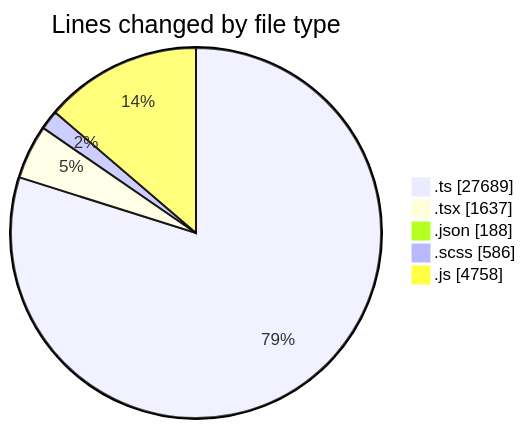
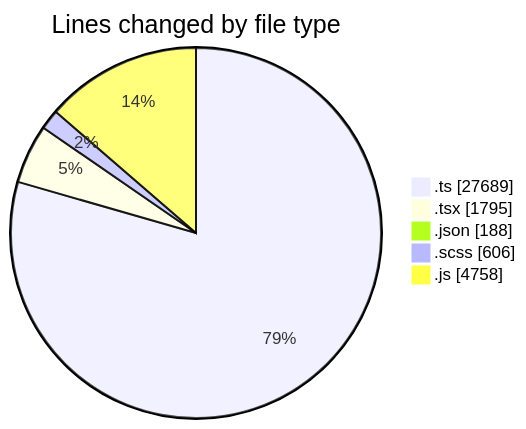
The first of 2 diagrams in 2026-05-07/cda/README.md (momahboobian/code-tracking), drawn with Mermaid before and after one commit. The commit also changed other lines of this file and 1 other file, not shown here.

````diff
--- a/2026-05-07/cda/README.md
+++ b/2026-05-07/cda/README.md
@@ -46,9 +46,9 @@
 ```mermaid
 pie showData
 title Lines changed by file type
 ".ts" : 27689
-".tsx" : 1637
+".tsx" : 1795
 ".json" : 188
-".scss" : 586
+".scss" : 606
 ".js" : 4758
 ```
````
